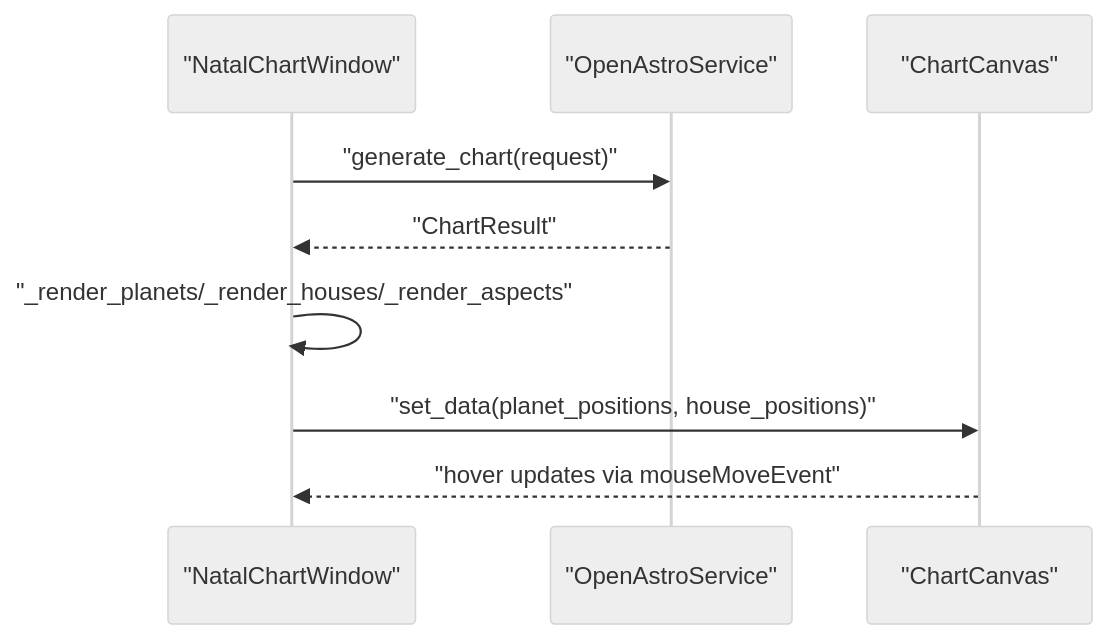
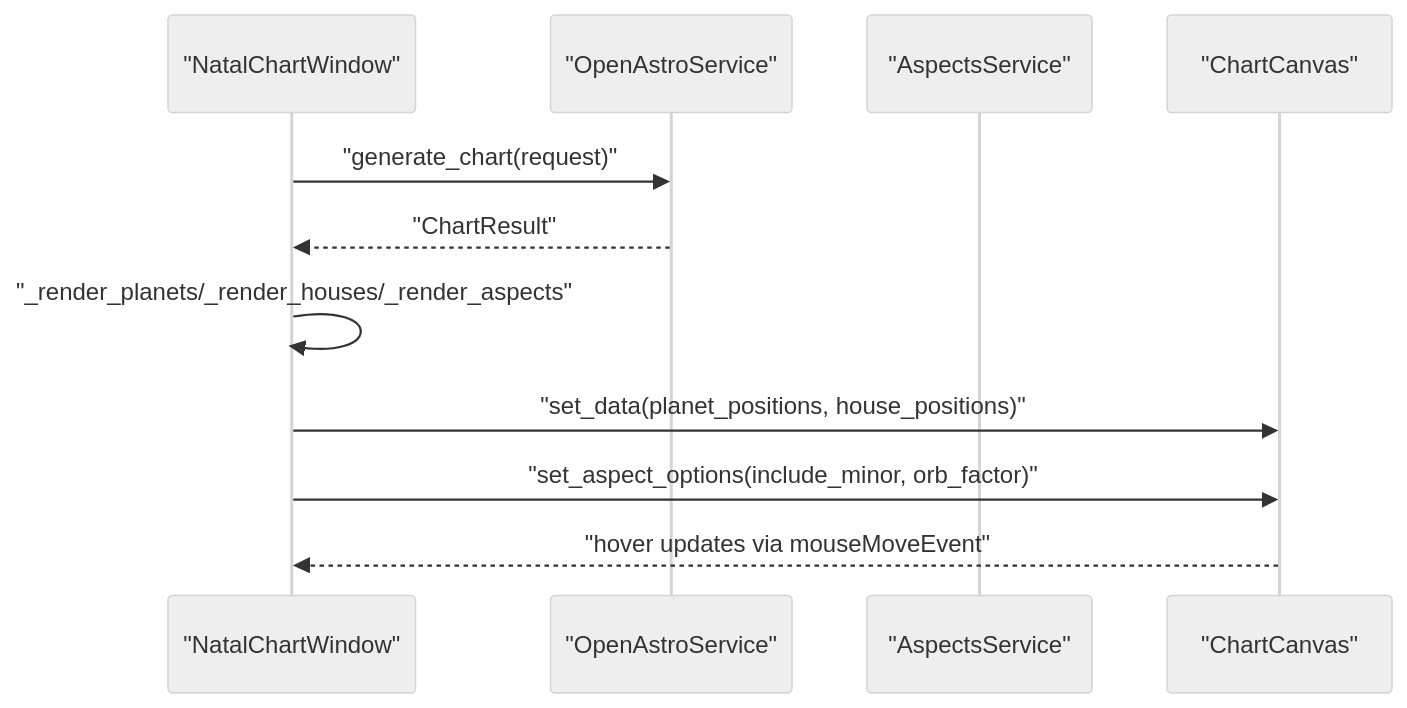
One commit to TheDaniel166/IsopGem changed the seventh of 8 diagrams in .qoder/repowiki/en/content/Architecture Overview/Pillar-Based Architecture/Astrology Pillar/Astrology Chart Canvas.md. Above: the diagram before and after it, drawn with Mermaid (neutral theme). The commit also changed other lines of this file and 36 other files, not shown here.

````diff
--- a/.qoder/repowiki/en/content/Architecture Overview/Pillar-Based Architecture/Astrology Pillar/Astrology Chart Canvas.md
+++ b/.qoder/repowiki/en/content/Architecture Overview/Pillar-Based Architecture/Astrology Pillar/Astrology Chart Canvas.md
@@ -249,11 +297,13 @@
 ```mermaid
 sequenceDiagram
 participant NC as "NatalChartWindow"
 participant OAS as "OpenAstroService"
+participant AS as "AspectsService"
 participant CC as "ChartCanvas"
 NC->>OAS : "generate_chart(request)"
 OAS-->>NC : "ChartResult"
 NC->>NC : "_render_planets/_render_houses/_render_aspects"
 NC->>CC : "set_data(planet_positions, house_positions)"
+NC->>CC : "set_aspect_options(include_minor, orb_factor)"
 CC-->>NC : "hover updates via mouseMoveEvent"
 ```
````
